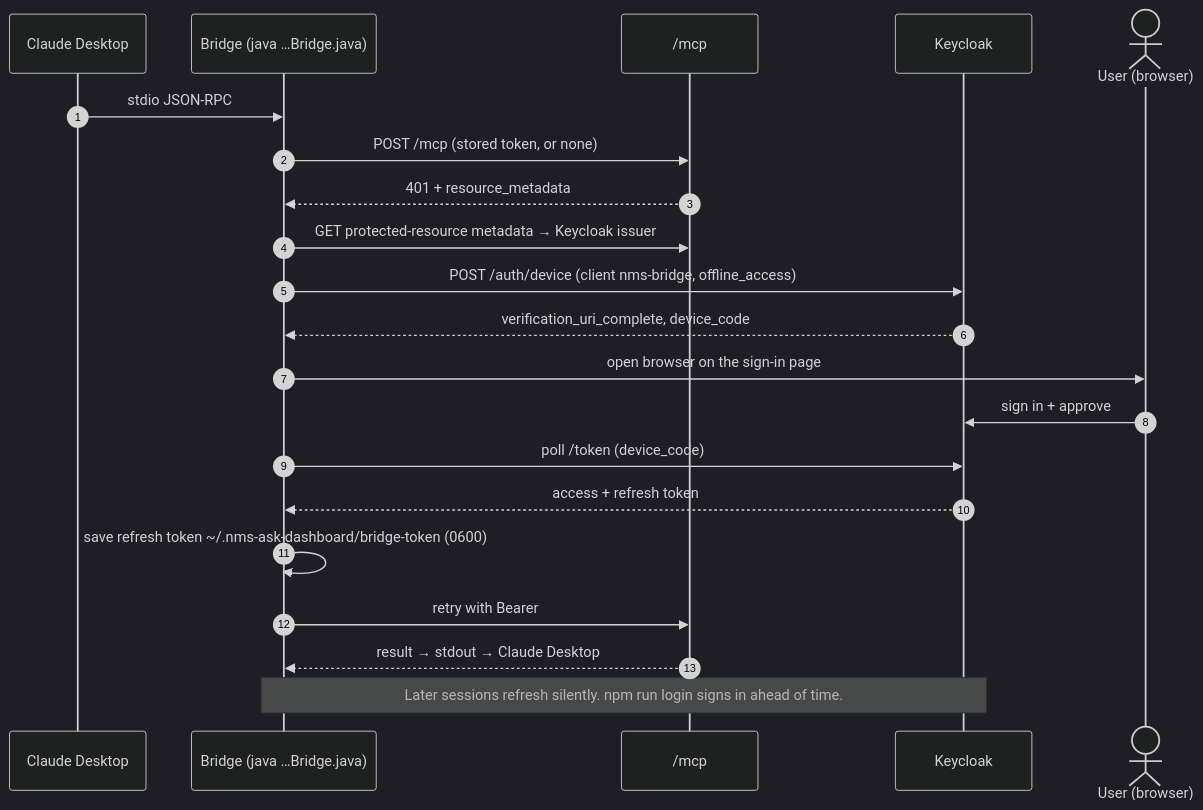
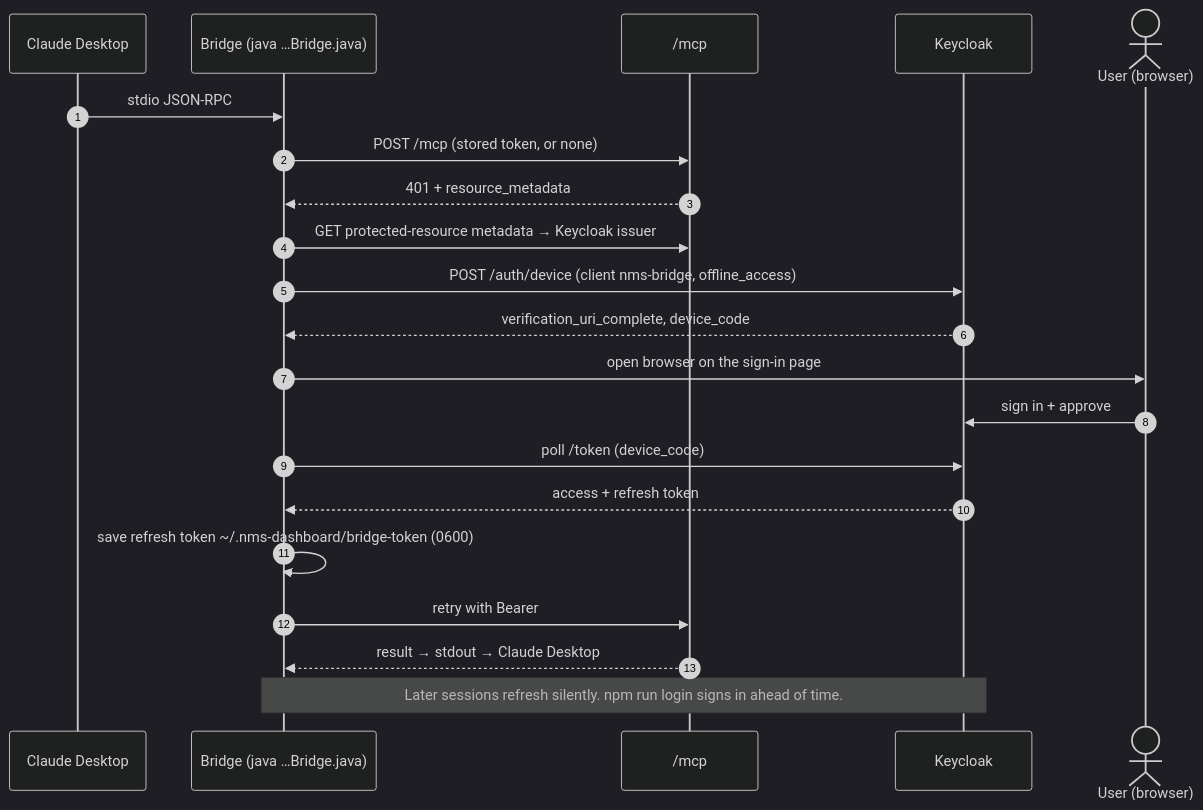
The fifth of 10 diagrams in docs/architecture.md (gangavaa/MCP-Hackathon-4), drawn with Mermaid (dark theme) before and after one commit. The commit also changed other lines of this file and 188 other files, not shown here.

````diff
--- a/docs/architecture.md
+++ b/docs/architecture.md
@@ -142,23 +142,23 @@
 ```mermaid
 sequenceDiagram
   autonumber
   participant D as Claude Desktop
   participant B as Bridge (java …Bridge.java)
   participant S as /mcp
   participant K as Keycloak
   actor U as User (browser)
   D->>B: stdio JSON-RPC
   B->>S: POST /mcp (stored token, or none)
   S-->>B: 401 + resource_metadata
   B->>S: GET protected-resource metadata → Keycloak issuer
   B->>K: POST /auth/device (client nms-bridge, offline_access)
   K-->>B: verification_uri_complete, device_code
   B->>U: open browser on the sign-in page
   U->>K: sign in + approve
   B->>K: poll /token (device_code)
   K-->>B: access + refresh token
-  B->>B: save refresh token ~/.nms-ask-dashboard/bridge-token (0600)
+  B->>B: save refresh token ~/.nms-dashboard/bridge-token (0600)
   B->>S: retry with Bearer
   S-->>B: result → stdout → Claude Desktop
   Note over B,K: Later sessions refresh silently. npm run login signs in ahead of time.
 ```
````
